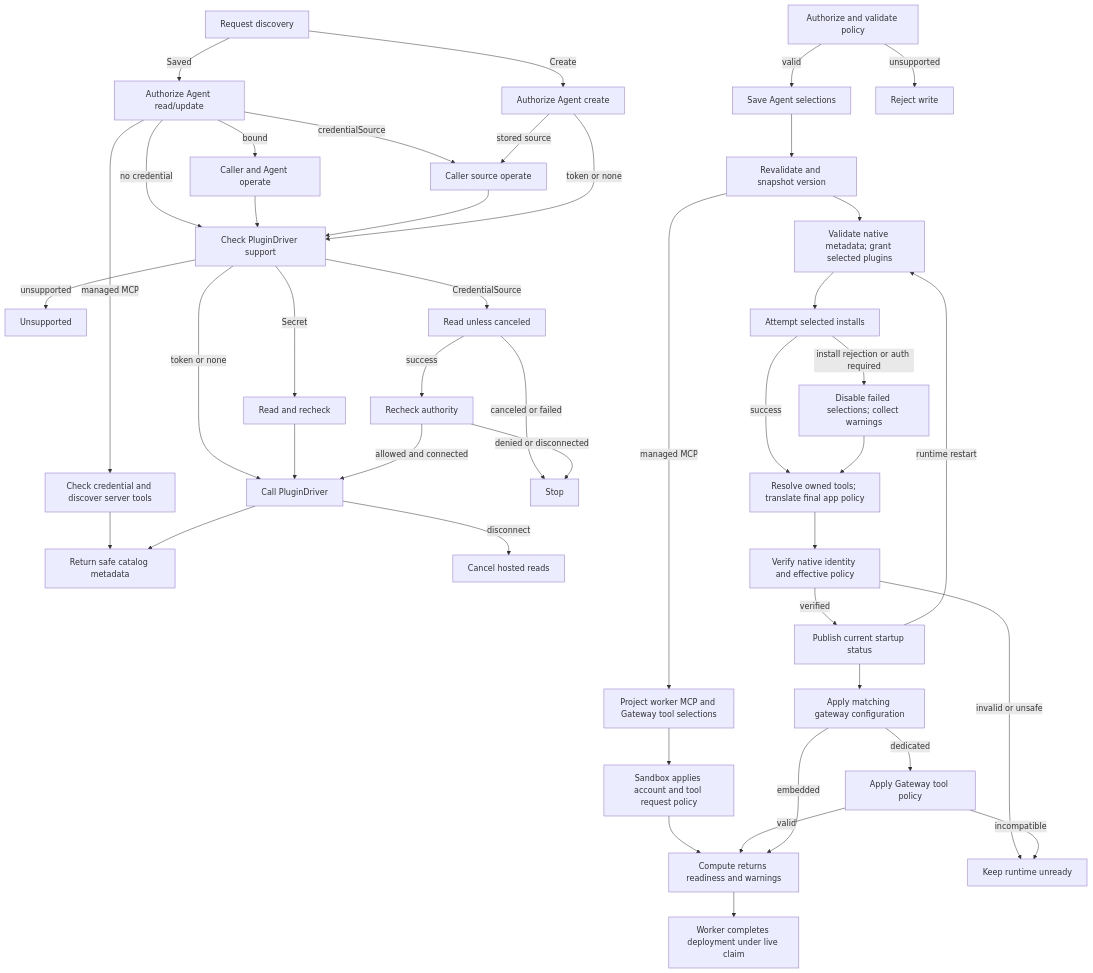
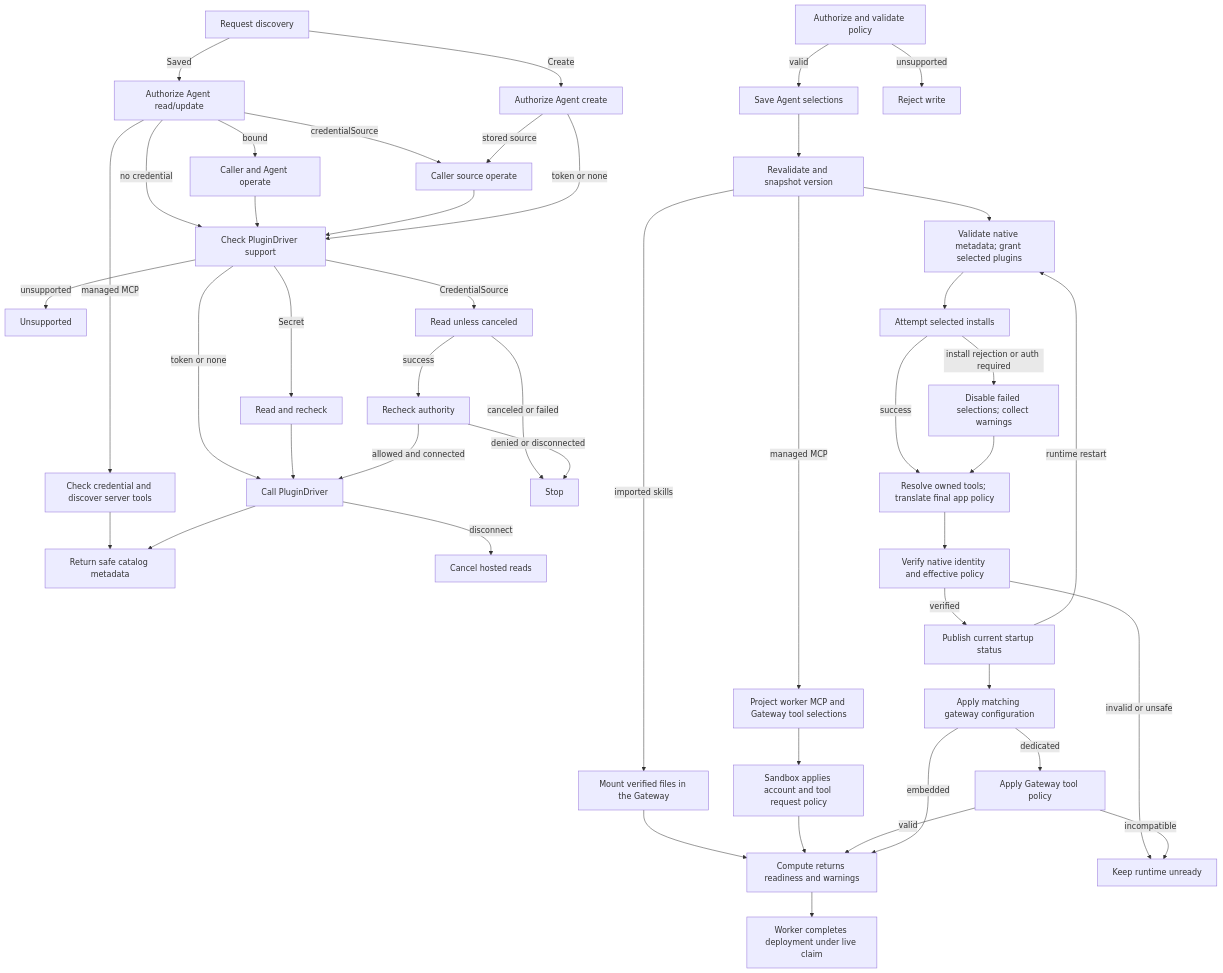
The diagram in docs/flows/agent-plugins.md (openclaw/openclaw-enterprise), drawn with Mermaid before and after one commit. The commit also changed other lines of this file and 7 other files, not shown here.

````diff
--- a/docs/flows/agent-plugins.md
+++ b/docs/flows/agent-plugins.md
@@ -25,42 +25,44 @@
 ```mermaid
 graph TD
   D0["Request discovery"] -->|Create| D1["Authorize Agent create"]
   D0 -->|Saved| E0["Authorize Agent read/update"]
   E0 -->|no credential| D6
   E0 -->|bound| E1["Caller and Agent operate"] --> D6
   E0 -->|managed MCP| M0["Check credential and discover server tools"] --> D5
   E0 -->|credentialSource| D2
   D1 -->|stored source| D2["Caller source operate"] --> D6["Check PluginDriver support"]
   D1 -->|token or none| D6
   D6 -->|unsupported| D7["Unsupported"]
   D6 -->|token or none| D4["Call PluginDriver"]
   D6 -->|Secret| D3["Read and recheck"] --> D4
   D6 -->|CredentialSource| D9["Read unless canceled"]
   D9 -->|success| D10["Recheck authority"]
   D10 -->|allowed and connected| D4
   D9 -->|canceled or failed| D12["Stop"]
   D10 -->|denied or disconnected| D12
   D4 -->|disconnect| D8["Cancel hosted reads"]
   D4 --> D5["Return safe catalog metadata"]
   A["Authorize and validate policy"] -->|valid| S["Save Agent selections"]
   A -->|unsupported| Y["Reject write"]
   S --> B["Revalidate and snapshot version"]
+  B -->|imported skills| V["Mount verified files in the Gateway"]
+  V --> I
   B -->|managed MCP| K["Project worker MCP and Gateway tool selections"]
   K --> L["Sandbox applies account and tool request policy"]
   L --> I
   B --> C["Validate native metadata; grant selected plugins"]
   C --> D["Attempt selected installs"]
   D -->|install rejection or auth required| E["Disable failed selections; collect warnings"]
   D -->|success| T["Resolve owned tools; translate final app policy"]
   E --> T
   T --> F["Verify native identity and effective policy"]
   F -->|invalid or unsafe| X["Keep runtime unready"]
   F -->|verified| G["Publish current startup status"]
   G --> H["Apply matching gateway configuration"]
   H -->|dedicated| P["Apply Gateway tool policy"]
   P -->|incompatible| X
   P -->|valid| I
   H -->|embedded| I["Compute returns readiness and warnings"]
   I --> J["Worker completes deployment under live claim"]
   G -->|runtime restart| C
 ```
````
